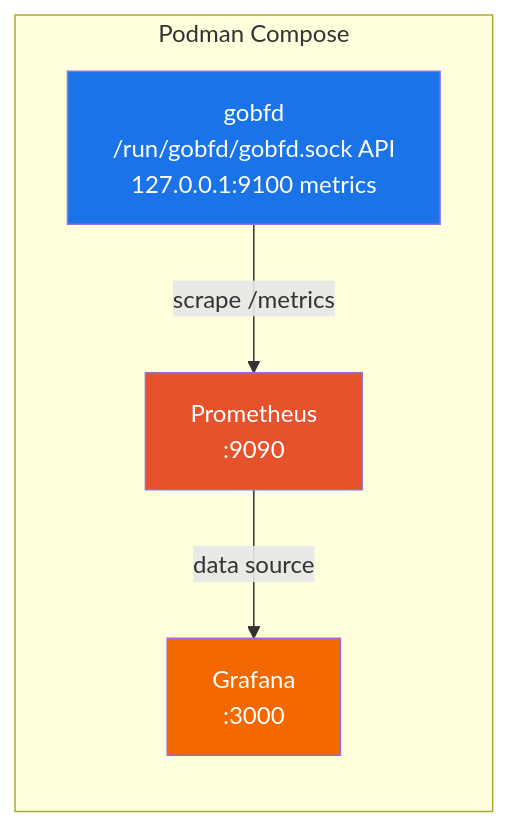
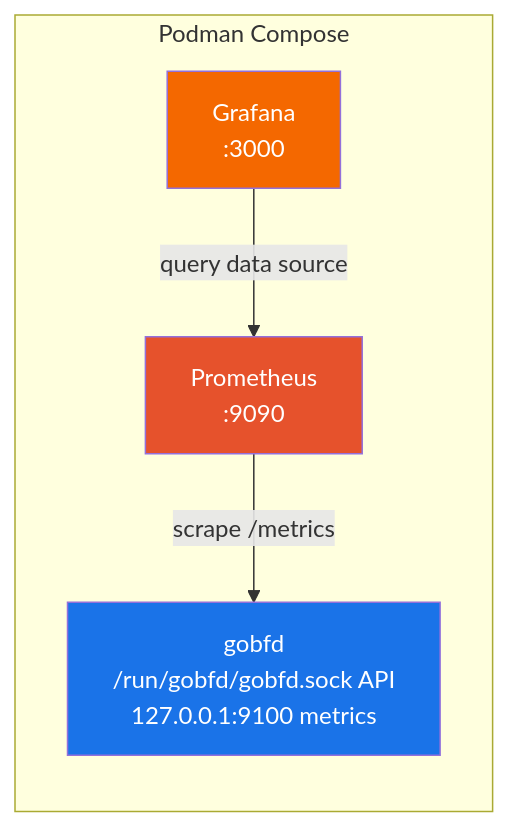
Before and after one commit to dantte-lp/gobfd: the diagram in docs/en/06-deployment.md, drawn with Mermaid. The commit also changed other lines of this file and 53 other files, not shown here.

````diff
--- a/docs/en/06-deployment.md
+++ b/docs/en/06-deployment.md
@@ -342,15 +347,15 @@
 ```mermaid
 graph LR
     subgraph "Podman Compose"
         G["gobfd<br/>/run/gobfd/gobfd.sock API<br/>127.0.0.1:9100 metrics"]
         P["Prometheus<br/>:9090"]
         GR["Grafana<br/>:3000"]
     end
 
-    G -->|scrape /metrics| P
-    P -->|data source| GR
+    P -->|scrape /metrics| G
+    GR -->|query data source| P
 
     style G fill:#1a73e8,color:#fff
     style P fill:#E6522C,color:#fff
     style GR fill:#F46800,color:#fff
 ```
````
